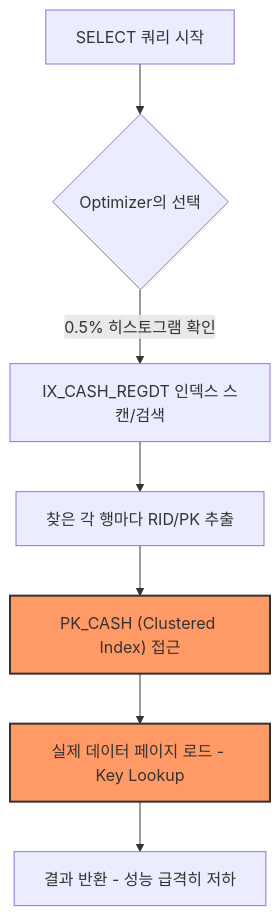
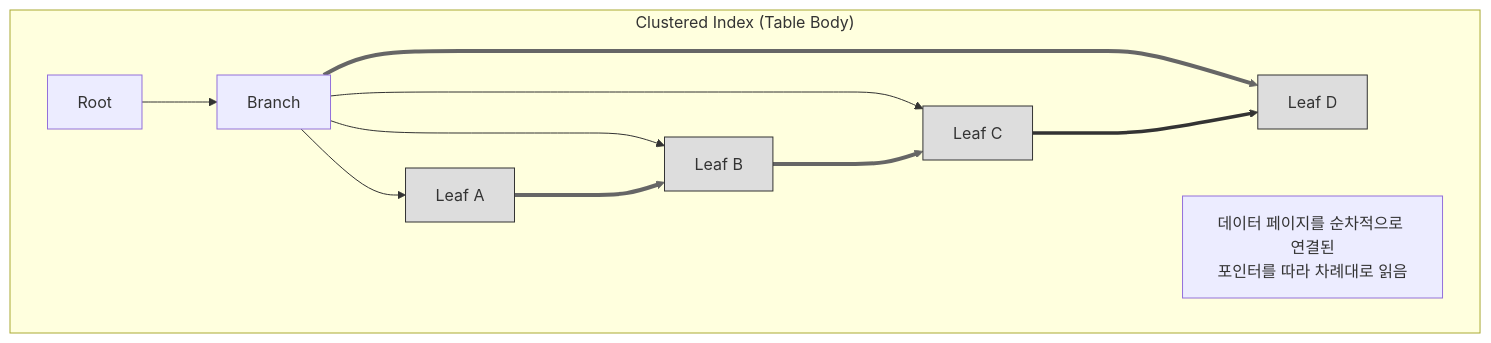
One commit to muzzaiwork/candidate changed the first of 4 diagrams in troubleshooting/payletter_index_optimization.md. Above: the diagram before and after it, drawn with Mermaid. The commit also changed other lines of this file, not shown here.

````diff
--- a/troubleshooting/payletter_index_optimization.md
+++ b/troubleshooting/payletter_index_optimization.md
@@ -57,12 +45,19 @@
 ```mermaid
 graph TD
-    A2[SELECT 쿼리 시작] --> B2{Optimizer의 선택}
-    B2 -->|0.5% 히스토그램 확인| C2[IX_CASH_REGDT 인덱스 스캔/검색]
-    C2 --> D2[찾은 각 행마다 RID/PK 추출]
-    D2 --> E2["PK_CASH (Clustered Index) 접근"]
-    E2 --> F2[실제 데이터 페이지 로드 - Key Lookup]
-    F2 --> G2[결과 반환 - 성능 급격히 저하]
+    subgraph "Clustered Index (Table Body)"
+        Root1["Root"] --> B1["Branch"]
+        B1 --> L1["Leaf A"]
+        B1 --> L2["Leaf B"]
+        B1 --> L3["Leaf C"]
+        B1 --> L4["Leaf D"]
+        
+        L1 ===> L2 ===> L3 ===> L4
+        note1["데이터 페이지를 순차적으로 연결된<br/>포인터를 따라 차례대로 읽음"]
+    end
     
-    style E2 fill:#f96,stroke:#333,stroke-width:2px
-    style F2 fill:#f96,stroke:#333,stroke-width:2px
+    style L1 fill:#ddd,stroke:#333
+    style L2 fill:#ddd,stroke:#333
+    style L3 fill:#ddd,stroke:#333
+    style L4 fill:#ddd,stroke:#333
+    linkStyle 4,5,6 stroke:#666,stroke-width:4px
 ```
````
